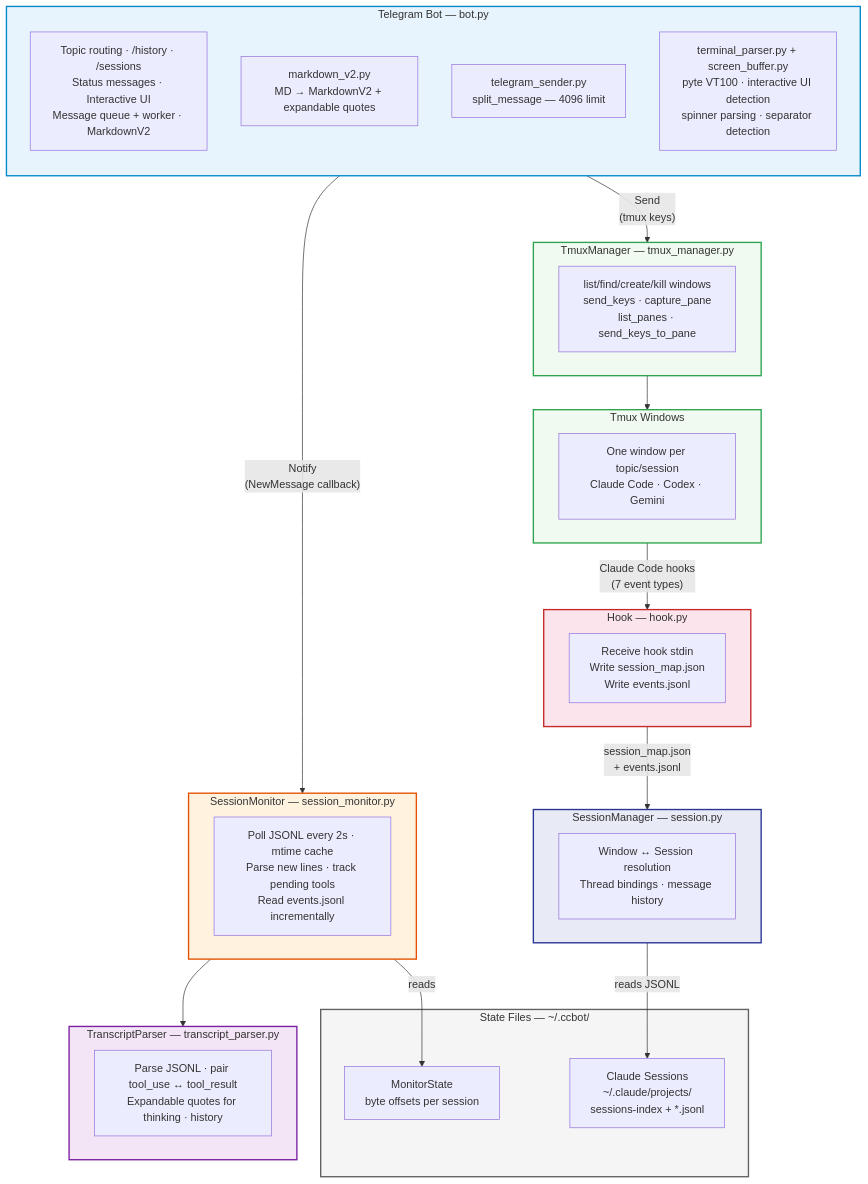
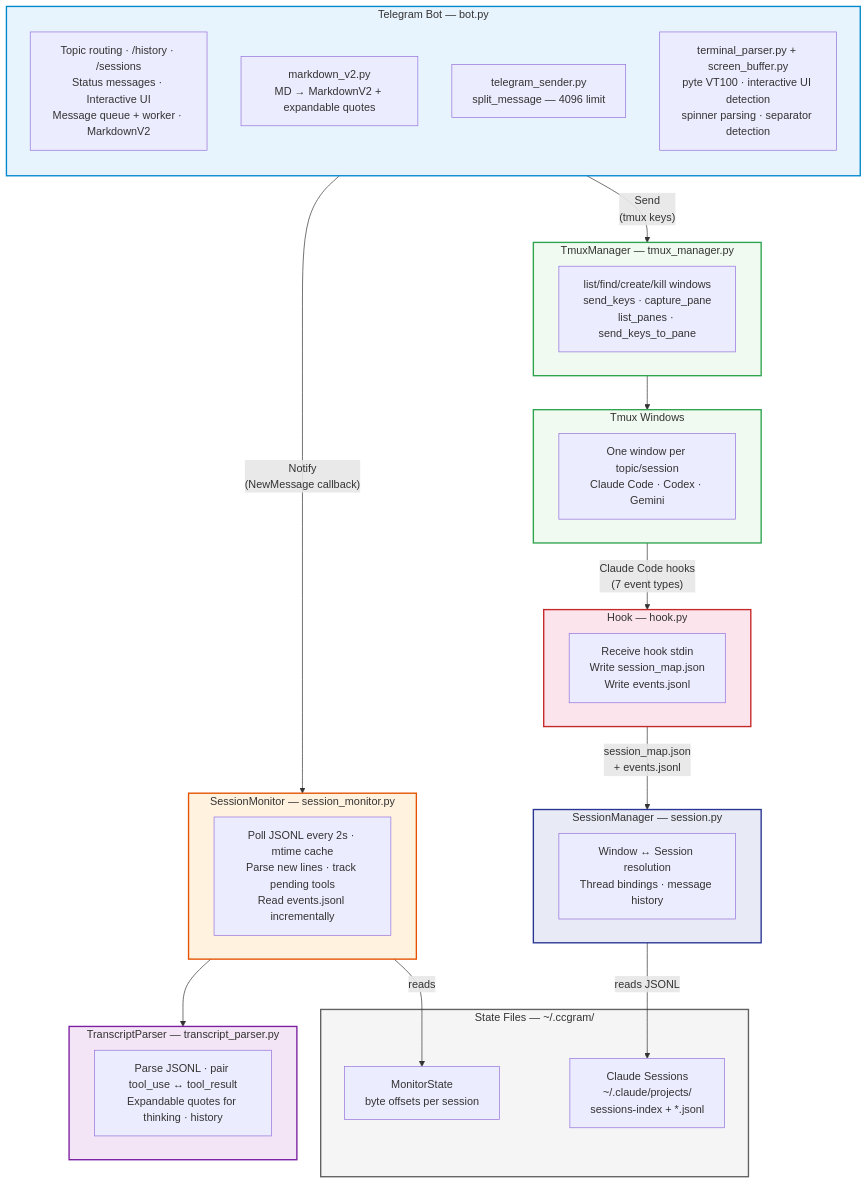
The diagram in .claude/rules/architecture.md (OmidS/ccgram), drawn with Mermaid before and after one commit. The commit also changed other lines of this file and 334 other files, not shown here.

First line of the commit message:
feat!: rename ccbot to ccgram (v2.0.0)

````diff
--- a/.claude/rules/architecture.md
+++ b/.claude/rules/architecture.md
@@ -3,57 +3,57 @@
 ```mermaid
 graph TB
     subgraph bot["Telegram Bot — bot.py"]
         direction TB
         BotCore["Topic routing · /history · /sessions\nStatus messages · Interactive UI\nMessage queue + worker · MarkdownV2"]
         BotSub1["markdown_v2.py\nMD → MarkdownV2 + expandable quotes"]
         BotSub2["telegram_sender.py\nsplit_message — 4096 limit"]
         Terminal["terminal_parser.py + screen_buffer.py\npyte VT100 · interactive UI detection\nspinner parsing · separator detection"]
     end
 
     subgraph monitor["SessionMonitor — session_monitor.py"]
         Mon["Poll JSONL every 2s · mtime cache\nParse new lines · track pending tools\nRead events.jsonl incrementally"]
     end
 
     subgraph tmux["TmuxManager — tmux_manager.py"]
         Tmux["list/find/create/kill windows\nsend_keys · capture_pane\nlist_panes · send_keys_to_pane"]
     end
 
     subgraph parsing["TranscriptParser — transcript_parser.py"]
         TP["Parse JSONL · pair tool_use ↔ tool_result\nExpandable quotes for thinking · history"]
     end
 
     subgraph windows["Tmux Windows"]
         Win["One window per topic/session\nClaude Code · Codex · Gemini"]
     end
 
     subgraph hook["Hook — hook.py"]
         Hook["Receive hook stdin\nWrite session_map.json\nWrite events.jsonl"]
     end
 
     subgraph session["SessionManager — session.py"]
         SM["Window ↔ Session resolution\nThread bindings · message history"]
     end
 
-    subgraph state["State Files — ~/.ccbot/"]
+    subgraph state["State Files — ~/.ccgram/"]
         MonState["MonitorState\nbyte offsets per session"]
         Sessions["Claude Sessions\n~/.claude/projects/\nsessions-index + *.jsonl"]
     end
 
     bot -- "Notify\n(NewMessage callback)" --> monitor
     bot -- "Send\n(tmux keys)" --> tmux
     monitor --> parsing
     tmux --> windows
     windows -- "Claude Code hooks\n(7 event types)" --> hook
     hook -- "session_map.json\n+ events.jsonl" --> session
     session -- "reads JSONL" --> Sessions
     monitor -- "reads" --> MonState
 
     style bot fill:#e8f4fd,stroke:#0088cc,stroke-width:2px,color:#333
     style monitor fill:#fff3e0,stroke:#e65100,stroke-width:2px,color:#333
     style tmux fill:#f0faf0,stroke:#2ea44f,stroke-width:2px,color:#333
     style parsing fill:#f3e5f5,stroke:#7b1fa2,stroke-width:2px,color:#333
     style windows fill:#f0faf0,stroke:#2ea44f,stroke-width:2px,color:#333
     style hook fill:#fce4ec,stroke:#c62828,stroke-width:2px,color:#333
     style session fill:#e8eaf6,stroke:#283593,stroke-width:2px,color:#333
     style state fill:#f5f5f5,stroke:#616161,stroke-width:2px,color:#333
 ```
````
